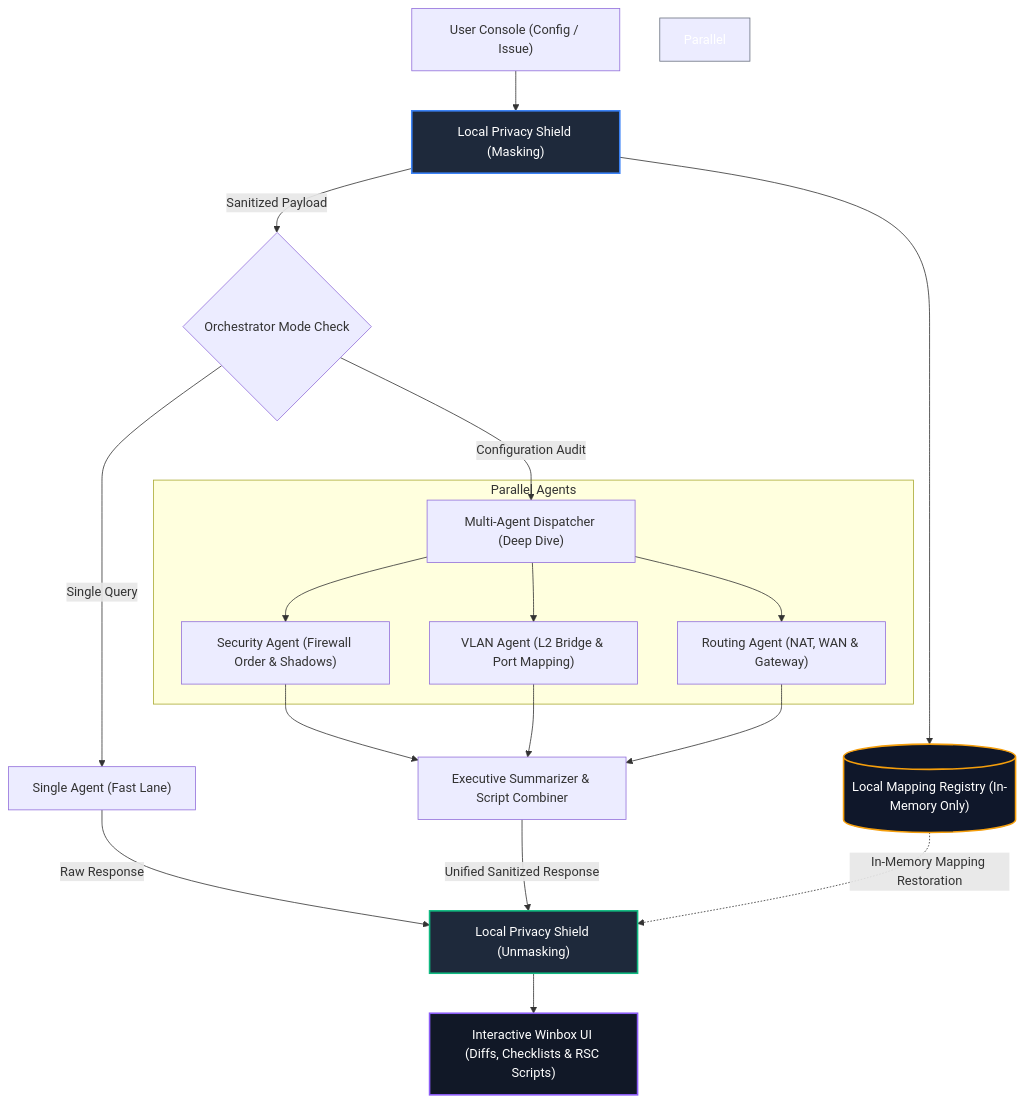
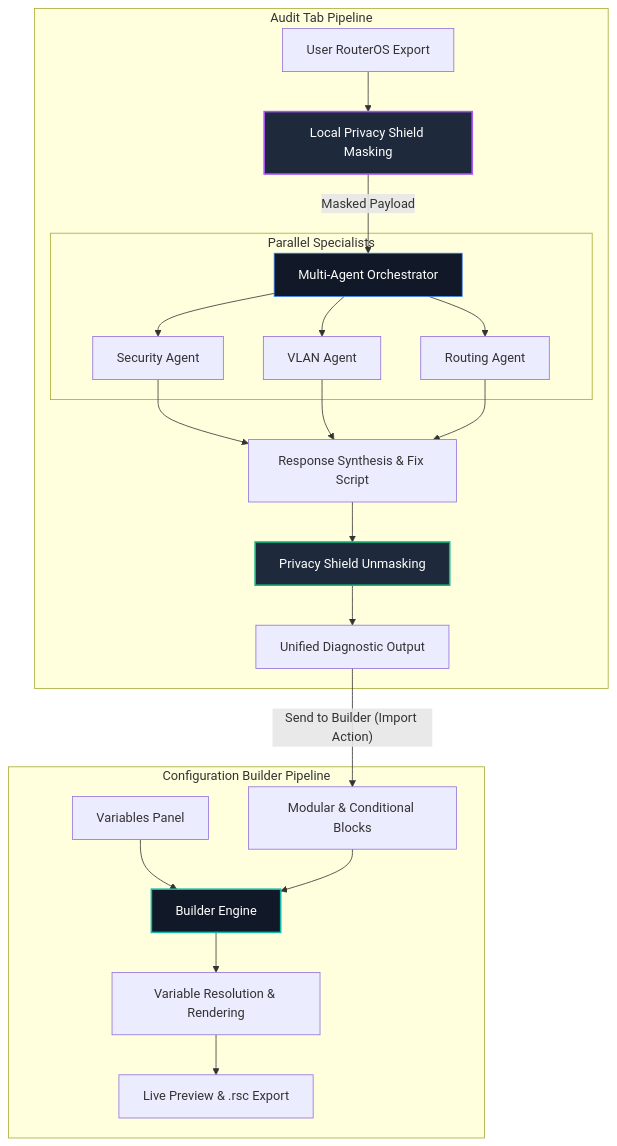
Before and after one commit to Angelo-builds/MikrotikAssistant: the diagram in README.md, drawn with Mermaid. The commit also changed other lines of this file, not shown here.

First line of the commit message:
docs: rewrite README.md to comprehensively cover AI Auditor and Config Builder features

````diff
--- a/README.md
+++ b/README.md
@@ -56,33 +65,32 @@
 ```mermaid
 graph TD
-    User["User Console (Config / Issue)"] --> Masker["Local Privacy Shield (Masking)"]
-    Masker --> Registry[("Local Mapping Registry (In-Memory Only)")]
-    Masker -->|"Sanitized Payload"| Orchestrator{"Orchestrator Mode Check"}
-
-    %% Fast Lane
-    Orchestrator -->|"Single Query"| FastLLM["Single Agent (Fast Lane)"]
-    FastLLM -->|"Raw Response"| Unmasker["Local Privacy Shield (Unmasking)"]
-
-    %% Deep Dive Multi-Agent Flow
-    Orchestrator -->|"Configuration Audit"| Dispatcher["Multi-Agent Dispatcher (Deep Dive)"]
-
-    subgraph Parallel Agents
-        Dispatcher --> SecurityAgent["Security Agent (Firewall Order & Shadows)"]
-        Dispatcher --> VlanAgent["VLAN Agent (L2 Bridge & Port Mapping)"]
-        Dispatcher --> RoutingAgent["Routing Agent (NAT, WAN & Gateway)"]
+    %% Audit Pipeline
+    subgraph Audit Tab Pipeline
+        A[User RouterOS Export] --> B[Local Privacy Shield Masking]
+        B -->|Masked Payload| C[Multi-Agent Orchestrator]
+        subgraph Parallel Specialists
+            C --> D1[Security Agent]
+            C --> D2[VLAN Agent]
+            C --> D3[Routing Agent]
+        end
+        D1 & D2 & D3 --> E[Response Synthesis & Fix Script]
+        E --> F[Privacy Shield Unmasking]
+        F --> G[Unified Diagnostic Output]
     end
 
-    SecurityAgent --> Aggregator["Executive Summarizer & Script Combiner"]
-    VlanAgent --> Aggregator
-    RoutingAgent --> Aggregator
+    %% Builder Pipeline
+    subgraph Configuration Builder Pipeline
+        H[Variables Panel] --> I[Builder Engine]
+        J[Modular & Conditional Blocks] --> I
+        I --> K[Variable Resolution & Rendering]
+        K --> L[Live Preview & .rsc Export]
+    end
 
-    Aggregator -->|"Unified Sanitized Response"| Unmasker
-    Registry -.->|"In-Memory Mapping Restoration"| Unmasker
-    Unmasker --> Screen["Interactive Winbox UI (Diffs, Checklists & RSC Scripts)"]
+    %% Data Exchange
+    G -->|"Send to Builder (Import Action)"| J
 
-    style Masker fill:#1e293b,stroke:#3b82f6,stroke-width:2px,color:#fff
-    style Registry fill:#0f172a,stroke:#f59e0b,stroke-width:2px,color:#fff
-    style Parallel Agents fill:#111827,stroke:#6b7280,stroke-width:1px,color:#fff
-    style Unmasker fill:#1e293b,stroke:#10b981,stroke-width:2px,color:#fff
-    style Screen fill:#111827,stroke:#8b5cf6,stroke-width:2px,color:#fff
+    style B fill:#1e293b,stroke:#a855f7,stroke-width:2px,color:#fff
+    style F fill:#1e293b,stroke:#10b981,stroke-width:2px,color:#fff
+    style C fill:#111827,stroke:#3b82f6,stroke-width:1px,color:#fff
+    style I fill:#111827,stroke:#14b8a6,stroke-width:2px,color:#fff
 ```
````
